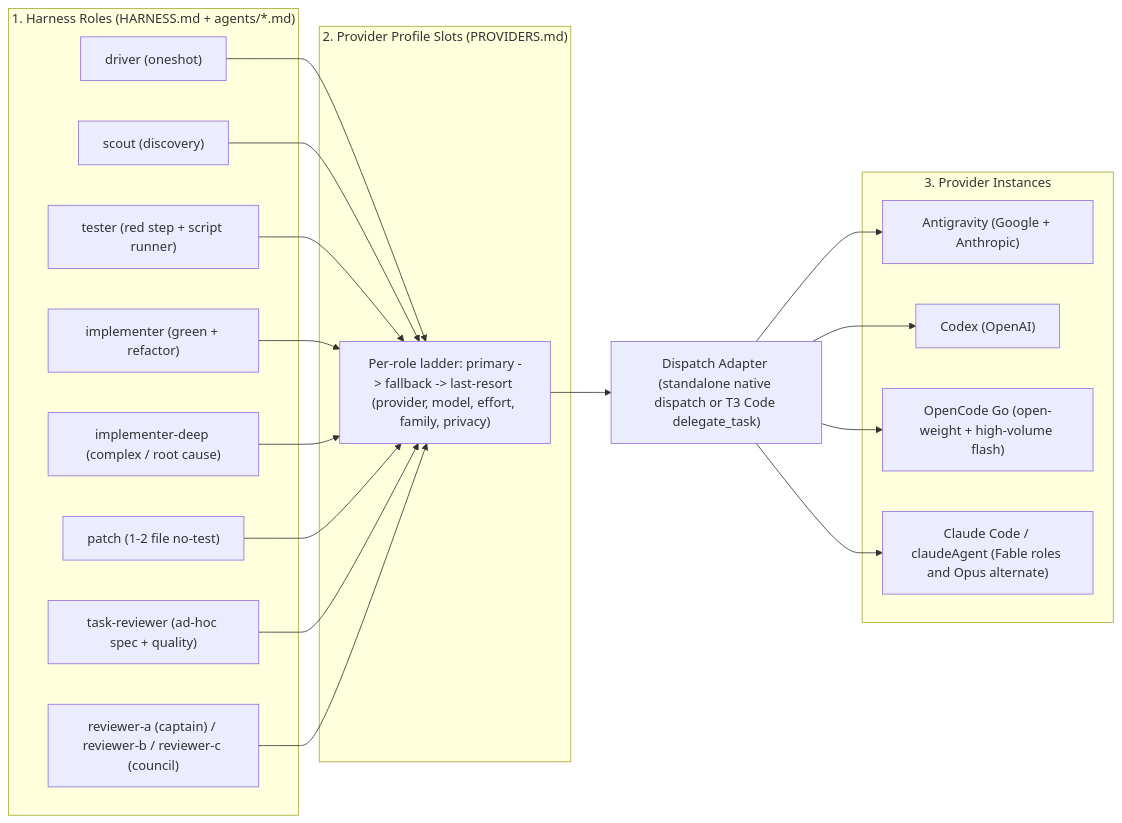
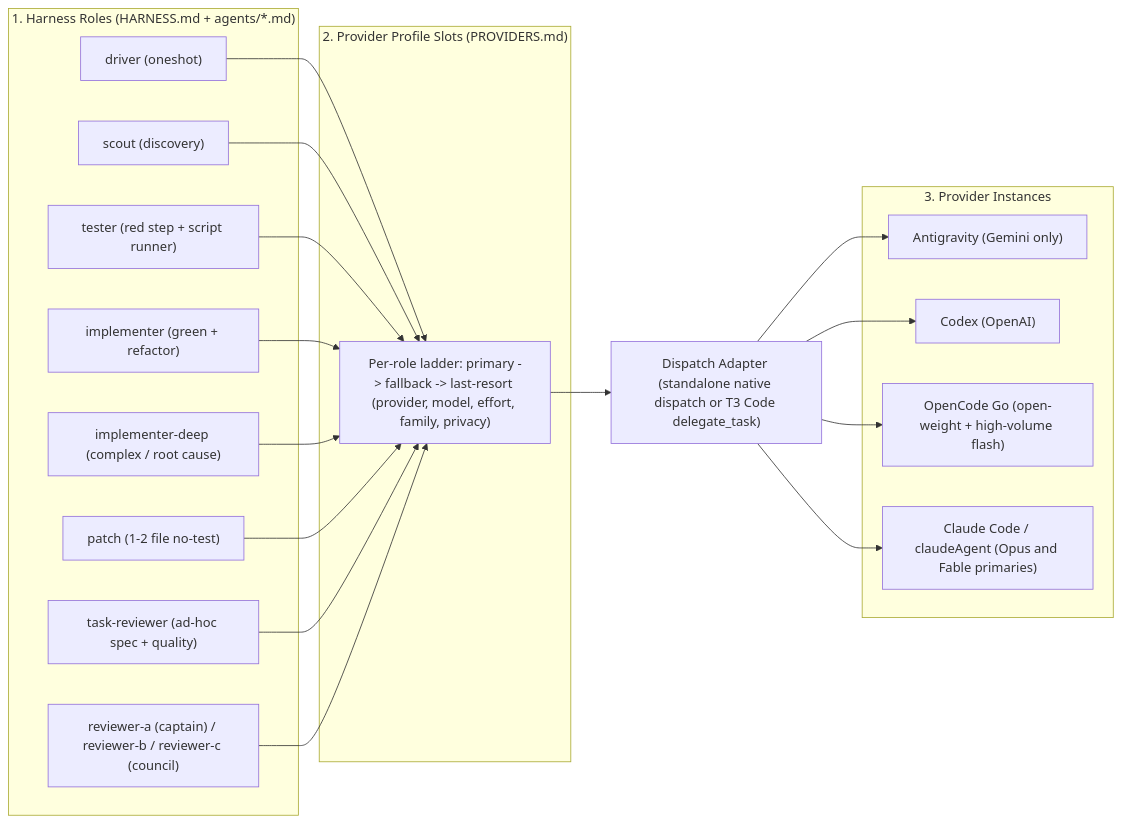
The first of 3 diagrams in README.md (DennisLoska/skills), drawn with Mermaid before and after one commit. The commit also changed other lines of this file and 16 other files, not shown here.

Commit message:
refactor: route Claude via Claude Code and finish on Gemini

````diff
--- a/README.md
+++ b/README.md
@@ -134,40 +134,40 @@
 ```mermaid
 flowchart LR
   subgraph L1["1. Harness Roles (HARNESS.md + agents/*.md)"]
     R_DRV["driver (oneshot)"]
     R_SCT["scout (discovery)"]
     R_TST["tester (red step + script runner)"]
     R_IMP["implementer (green + refactor)"]
     R_IMD["implementer-deep (complex / root cause)"]
     R_PAT["patch (1-2 file no-test)"]
     R_TRV["task-reviewer (ad-hoc spec + quality)"]
     R_CNC["reviewer-a (captain) / reviewer-b / reviewer-c (council)"]
   end
 
   subgraph L2["2. Provider Profile Slots (PROVIDERS.md)"]
     SLOTS["Per-role ladder: primary -> fallback -> last-resort (provider, model, effort, family, privacy)"]
   end
 
   DA["Dispatch Adapter (standalone native dispatch or T3 Code delegate_task)"]
 
   subgraph L3["3. Provider Instances"]
-    P_AG["Antigravity (Google + Anthropic)"]
+    P_AG["Antigravity (Gemini only)"]
     P_CX["Codex (OpenAI)"]
     P_GO["OpenCode Go (open-weight + high-volume flash)"]
-    P_CC["Claude Code / claudeAgent (Fable roles and Opus alternate)"]
+    P_CC["Claude Code / claudeAgent (Opus and Fable primaries)"]
   end
 
   R_DRV --> SLOTS
   R_SCT --> SLOTS
   R_TST --> SLOTS
   R_IMP --> SLOTS
   R_IMD --> SLOTS
   R_PAT --> SLOTS
   R_TRV --> SLOTS
   R_CNC --> SLOTS
   SLOTS --> DA
   DA --> P_AG
   DA --> P_CX
   DA --> P_GO
   DA --> P_CC
 ```
````
